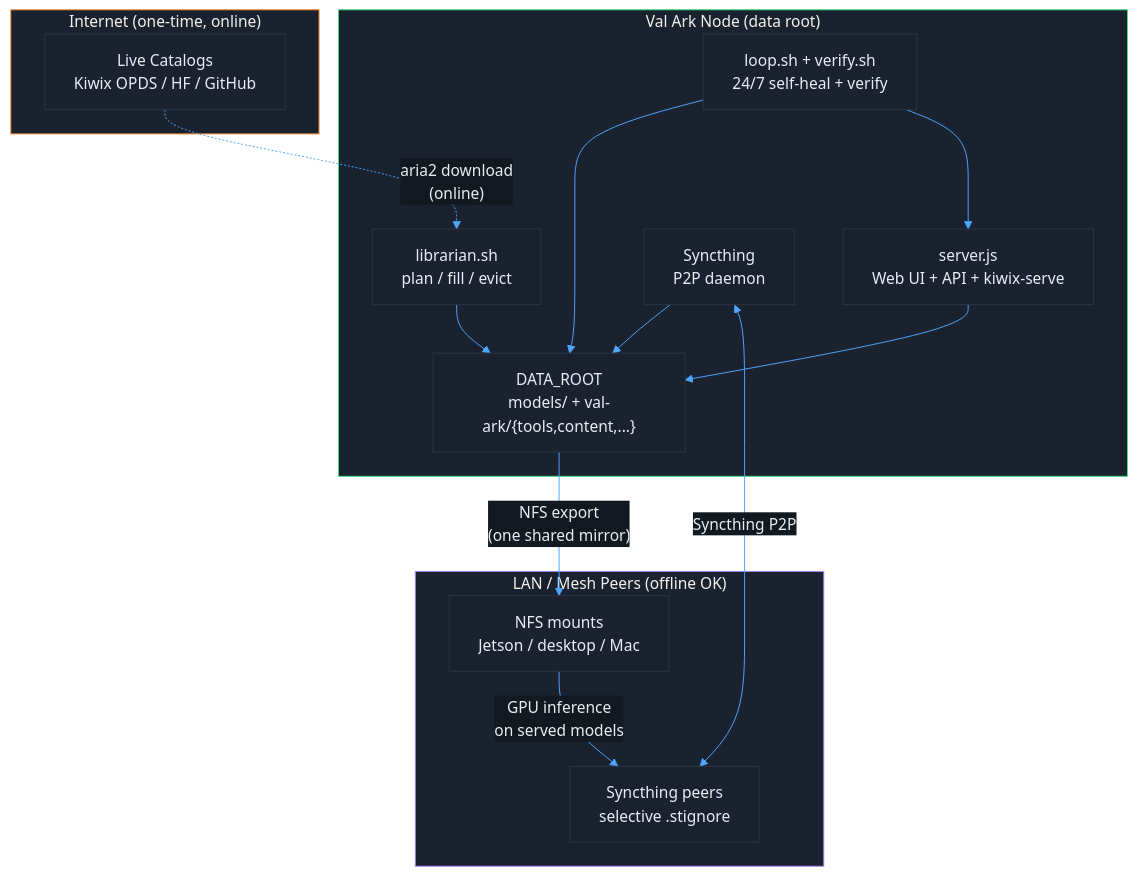
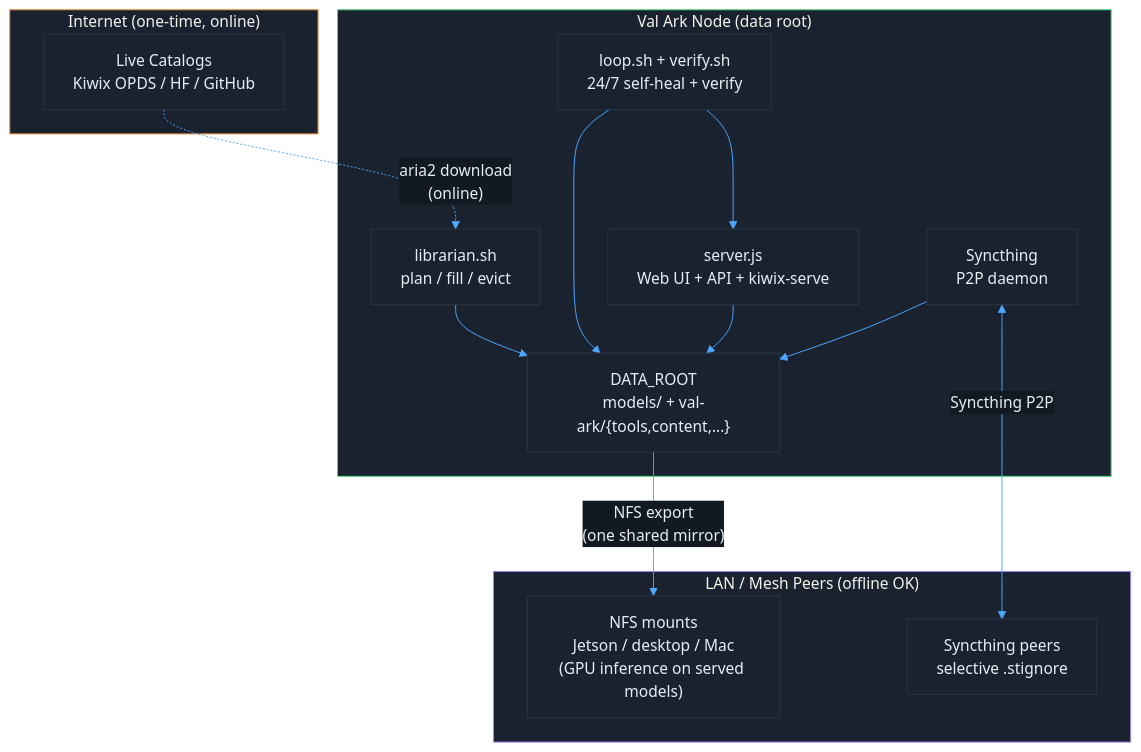
One commit to mvalancy/val-ark changed the diagram in docs/OFFLINE.md. Above: the diagram before and after it, drawn with Mermaid. The commit also changed other lines of this file and 12 other files, not shown here.

````diff
--- a/docs/OFFLINE.md
+++ b/docs/OFFLINE.md
@@ -119,40 +123,39 @@
 ```mermaid
 %%{init: {'theme': 'base', 'themeVariables': {
   'primaryColor': '#1a2230',
   'primaryBorderColor': '#2a3545',
   'primaryTextColor': '#e8edf4',
   'lineColor': '#4da6ff',
   'secondaryColor': '#131921',
   'tertiaryColor': '#0a0e14'
 }}}%%
 graph TB
     subgraph Internet["Internet (one-time, online)"]
         style Internet fill:#1a2230,stroke:#fb923c
         CAT["Live Catalogs<br/>Kiwix OPDS / HF / GitHub"]
     end
 
     subgraph Ark["Val Ark Node (data root)"]
         style Ark fill:#1a2230,stroke:#4ade80
         LIB["librarian.sh<br/>plan / fill / evict"]
         LOOP["loop.sh + verify.sh<br/>24/7 self-heal + verify"]
         STORE["DATA_ROOT<br/>models/ + val-ark/{tools,content,...}"]
         WEB["server.js<br/>Web UI + API + kiwix-serve"]
         SYNC["Syncthing<br/>P2P daemon"]
     end
 
     subgraph Peers["LAN / Mesh Peers (offline OK)"]
         style Peers fill:#1a2230,stroke:#a78bfa
-        NFS["NFS mounts<br/>Jetson / desktop / Mac"]
+        NFS["NFS mounts<br/>Jetson / desktop / Mac<br/>(GPU inference on served models)"]
         ST["Syncthing peers<br/>selective .stignore"]
     end
 
     CAT -.->|"aria2 download<br/>(online)"| LIB
     LIB --> STORE
     LOOP --> STORE
     LOOP --> WEB
     WEB --> STORE
     SYNC --> STORE
     STORE -->|"NFS export<br/>(one shared mirror)"| NFS
     SYNC <-->|"Syncthing P2P"| ST
-    NFS -->|"GPU inference<br/>on served models"| ST
 ```
````
